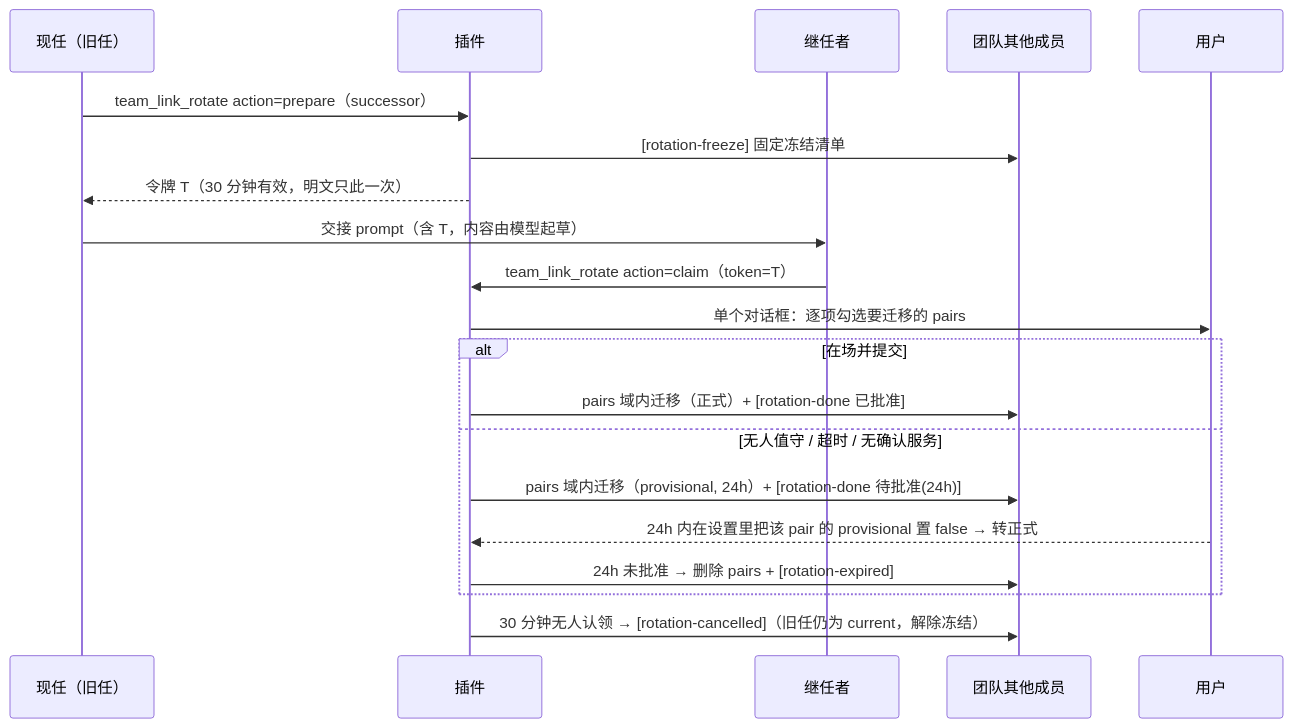
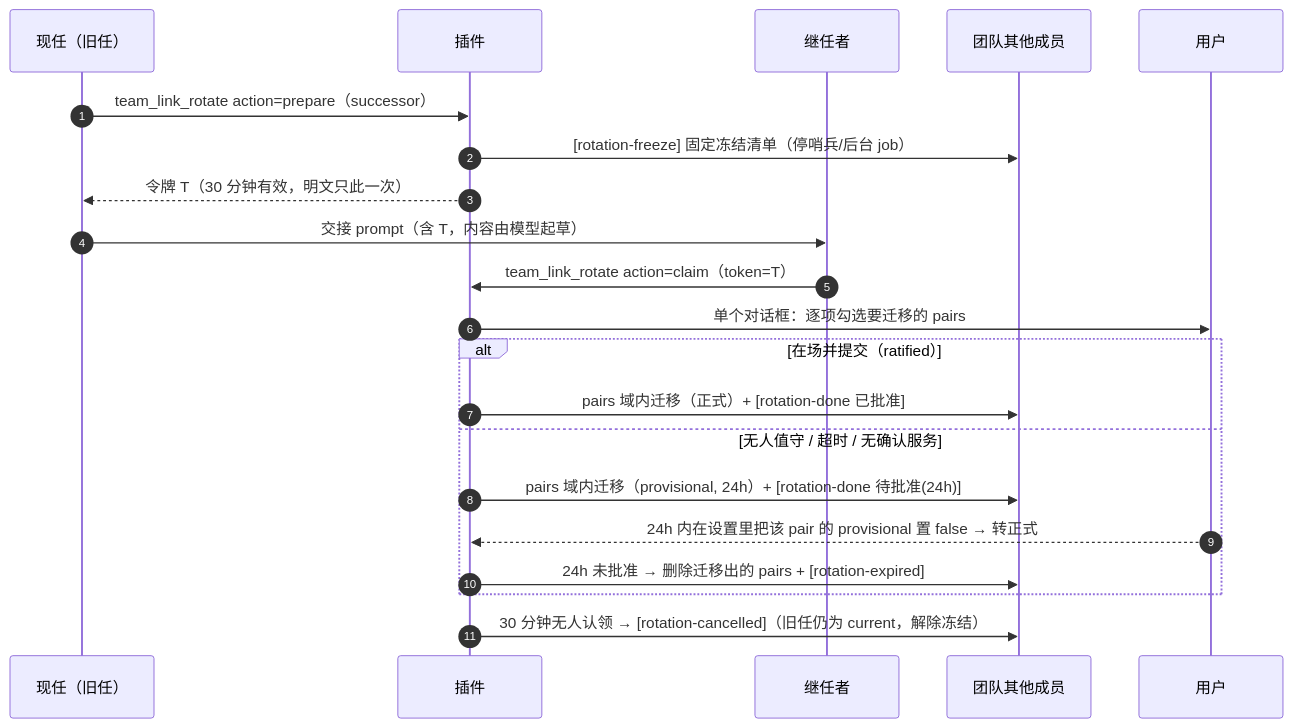
Before and after one commit to shenhuanageshei/dsh-session-link-pro: the seventh of 8 diagrams in README.md, drawn with Mermaid. The commit also changed other lines of this file and 3 other files, not shown here.

Commit message:
docs: rewrite README (detailed, 8 mermaid diagrams) and extract CHANGELOG.md; sync repo URL after the GitHub rename

````diff
--- a/README.md
+++ b/README.md
@@ -244,22 +474,23 @@
 ```mermaid
 sequenceDiagram
-  participant R as 现任（旧任）
-  participant P as 插件
-  participant S as 继任者
-  participant W as 团队其他成员
-  participant U as 用户
-  R->>P: team_link_rotate action=prepare（successor）
-  P->>W: [rotation-freeze] 固定冻结清单
-  P-->>R: 令牌 T（30 分钟有效，明文只此一次）
-  R->>S: 交接 prompt（含 T，内容由模型起草）
-  S->>P: team_link_rotate action=claim（token=T）
-  P->>U: 单个对话框：逐项勾选要迁移的 pairs
-  alt 在场并提交
-    P->>W: pairs 域内迁移（正式）+ [rotation-done 已批准]
-  else 无人值守 / 超时 / 无确认服务
-    P->>W: pairs 域内迁移（provisional, 24h）+ [rotation-done 待批准(24h)]
-    U-->>P: 24h 内在设置里把该 pair 的 provisional 置 false → 转正式
-    P->>W: 24h 未批准 → 删除 pairs + [rotation-expired]
-  end
-  P->>W: 30 分钟无人认领 → [rotation-cancelled]（旧任仍为 current，解除冻结）
+    autonumber
+    participant R as 现任（旧任）
+    participant P as 插件
+    participant S as 继任者
+    participant W as 团队其他成员
+    participant U as 用户
+    R->>P: team_link_rotate action=prepare（successor）
+    P->>W: [rotation-freeze] 固定冻结清单（停哨兵/后台 job）
+    P-->>R: 令牌 T（30 分钟有效，明文只此一次）
+    R->>S: 交接 prompt（含 T，内容由模型起草）
+    S->>P: team_link_rotate action=claim（token=T）
+    P->>U: 单个对话框：逐项勾选要迁移的 pairs
+    alt 在场并提交（ratified）
+        P->>W: pairs 域内迁移（正式）+ [rotation-done 已批准]
+    else 无人值守 / 超时 / 无确认服务
+        P->>W: pairs 域内迁移（provisional, 24h）+ [rotation-done 待批准(24h)]
+        U-->>P: 24h 内在设置里把该 pair 的 provisional 置 false → 转正式
+        P->>W: 24h 未批准 → 删除迁移出的 pairs + [rotation-expired]
+    end
+    P->>W: 30 分钟无人认领 → [rotation-cancelled]（旧任仍为 current，解除冻结）
 ```
````
